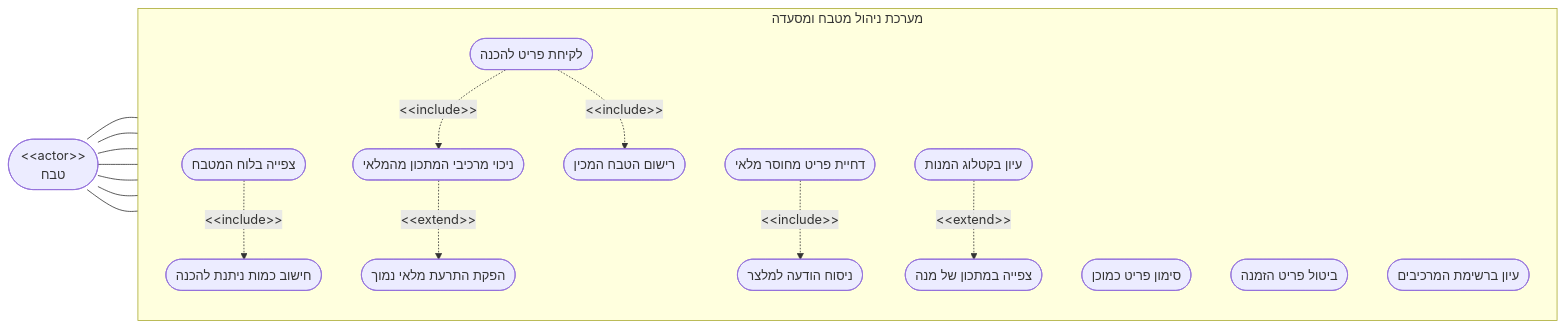
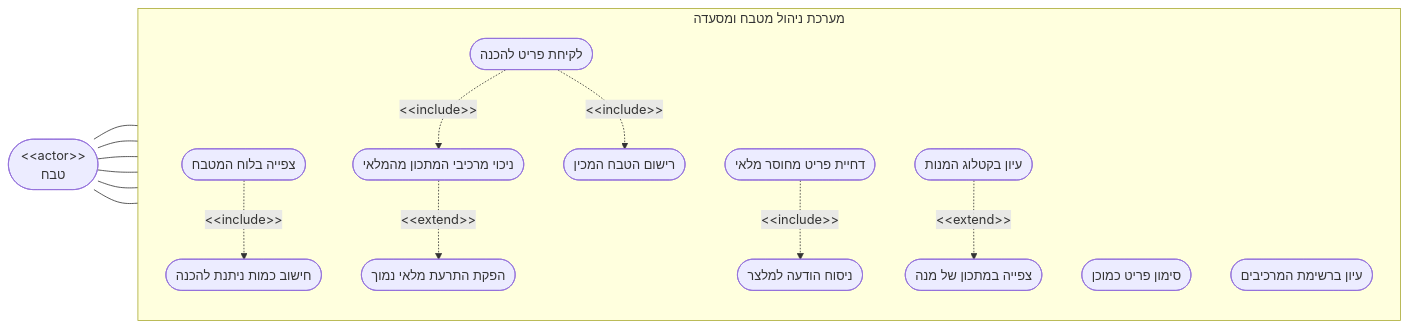
Before and after one commit to RonZaretsky/Restaurant-Kitchen-Management-System: the diagram in מסמכים/הגשה/diagrams/usecase-cook.md, drawn with Mermaid. The commit also changed 6 other files, not shown here.

First line of the commit message:
Add a question note to every choice diamond in the Activity diagrams

````diff
--- a/מסמכים/הגשה/diagrams/usecase-cook.md
+++ b/מסמכים/הגשה/diagrams/usecase-cook.md
@@ -3,30 +3,28 @@
 ```mermaid
 flowchart LR
     cook(["&lt;&lt;actor&gt;&gt;<br/>טבח"])
 
     subgraph SYS["מערכת ניהול מטבח ומסעדה"]
         direction TB
         UC1(["צפייה בלוח המטבח"])
         UC2(["לקיחת פריט להכנה"])
         UC3(["סימון פריט כמוכן"])
         UC4(["דחיית פריט מחוסר מלאי"])
-        UC5(["ביטול פריט הזמנה"])
         UC6(["עיון בקטלוג המנות"])
         UC7(["עיון ברשימת המרכיבים"])
 
         UC1 -.->|"&lt;&lt;include&gt;&gt;"| UC8(["חישוב כמות ניתנת להכנה"])
         UC2 -.->|"&lt;&lt;include&gt;&gt;"| UC9(["ניכוי מרכיבי המתכון מהמלאי"])
         UC2 -.->|"&lt;&lt;include&gt;&gt;"| UC10(["רישום הטבח המכין"])
         UC9 -.->|"&lt;&lt;extend&gt;&gt;"| UC11(["הפקת התרעת מלאי נמוך"])
         UC4 -.->|"&lt;&lt;include&gt;&gt;"| UC12(["ניסוח הודעה למלצר"])
         UC6 -.->|"&lt;&lt;extend&gt;&gt;"| UC13(["צפייה במתכון של מנה"])
     end
 
     cook --- UC1
     cook --- UC2
     cook --- UC3
     cook --- UC4
-    cook --- UC5
     cook --- UC6
     cook --- UC7
 ```
````
